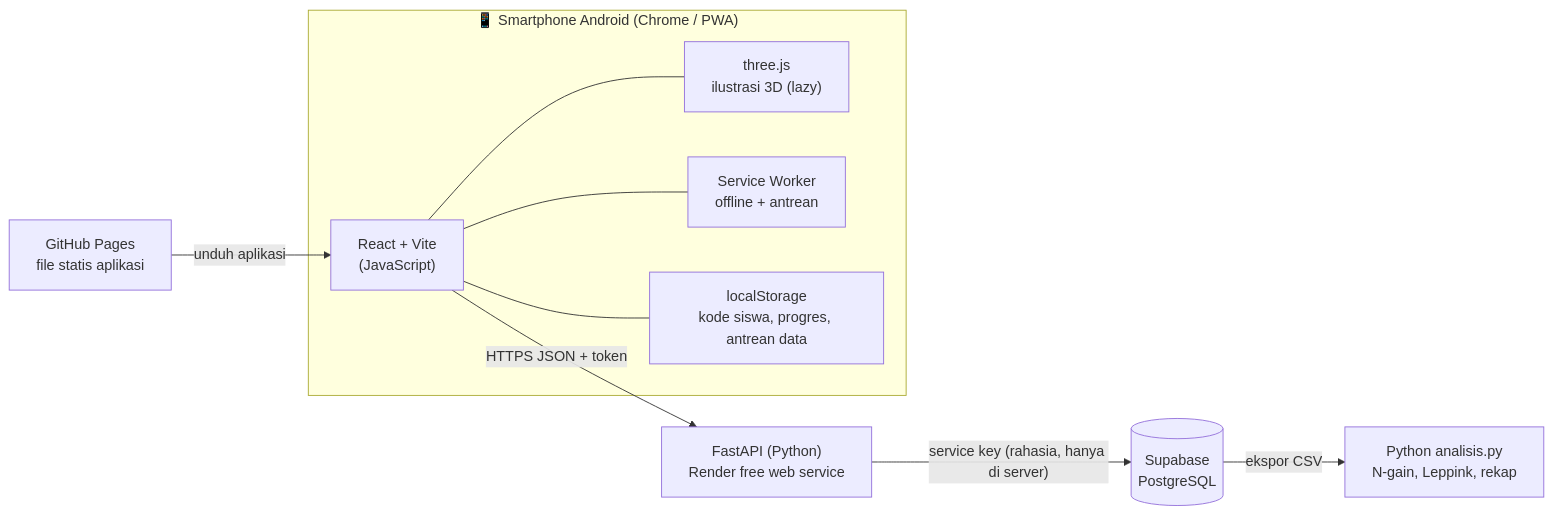
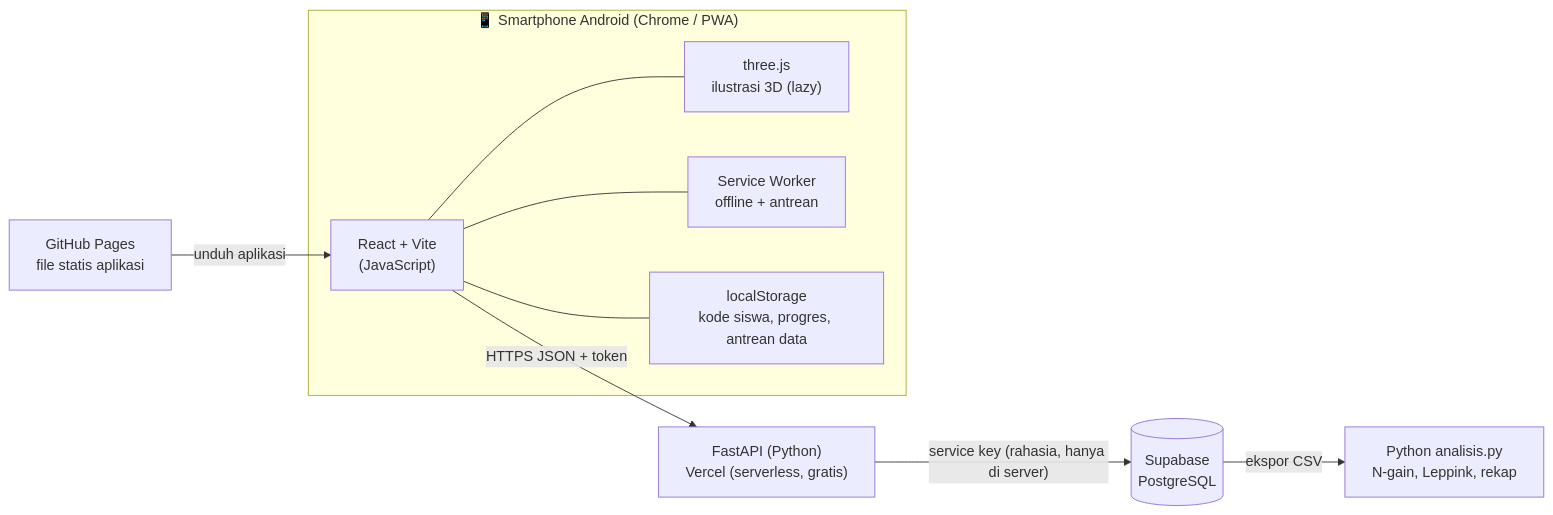
The first of 2 diagrams in architecture.md (azkiahsafira/project-uas-penerapan-pythagoras-2225250013), drawn with Mermaid before and after one commit. The commit also changed other lines of this file and 28 other files, not shown here.

````diff
--- a/architecture.md
+++ b/architecture.md
@@ -7,21 +7,21 @@
 ```mermaid
 flowchart LR
   subgraph HP["📱 Smartphone Android (Chrome / PWA)"]
     UI["React + Vite<br/>(JavaScript)"]
     TJS["three.js<br/>ilustrasi 3D (lazy)"]
     SW["Service Worker<br/>offline + antrean"]
     LS["localStorage<br/>kode siswa, progres, antrean data"]
   end
   GP["GitHub Pages<br/>file statis aplikasi"]
-  API["FastAPI (Python)<br/>Render free web service"]
+  API["FastAPI (Python)<br/>Vercel (serverless, gratis)"]
   DB[("Supabase<br/>PostgreSQL")]
   PY["Python analisis.py<br/>N-gain, Leppink, rekap"]
 
   GP -- unduh aplikasi --> UI
   UI --- TJS
   UI --- SW
   UI --- LS
   UI -- "HTTPS JSON + token" --> API
   API -- "service key (rahasia, hanya di server)" --> DB
   DB -- "ekspor CSV" --> PY
 ```
````
